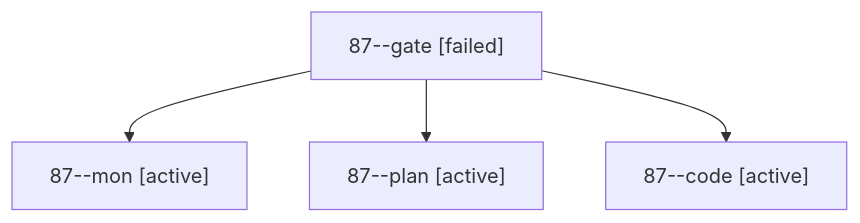
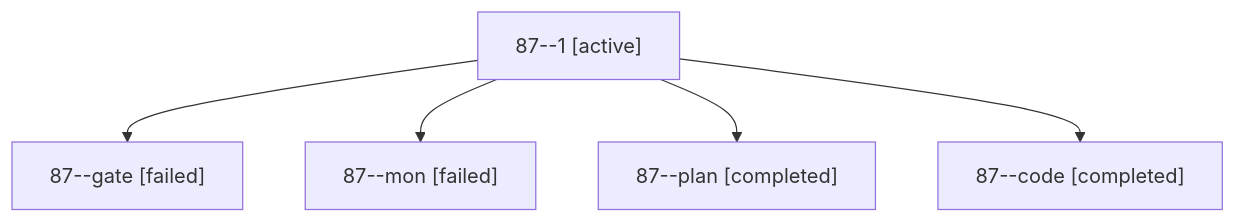
One commit to sase-org/sase--agents changed the diagram in sessions/bbugyi200.apollo.87.md. Above: the diagram before and after it, drawn with Mermaid. The commit also changed other lines of this file and 2298 other files, not shown here.

````diff
--- a/sessions/bbugyi200.apollo.87.md
+++ b/sessions/bbugyi200.apollo.87.md
@@ -9,10 +9,12 @@
 ```mermaid
 flowchart TD
-  n0["87--gate [failed]"]
-  n1["87--mon [active]"]
+  n0["87--1 [active]"]
+  n1["87--gate [failed]"]
   n0 --> n1
-  n2["87--plan [active]"]
+  n2["87--mon [failed]"]
   n0 --> n2
-  n3["87--code [active]"]
+  n3["87--plan [completed]"]
   n0 --> n3
+  n4["87--code [completed]"]
+  n0 --> n4
 ```
````
